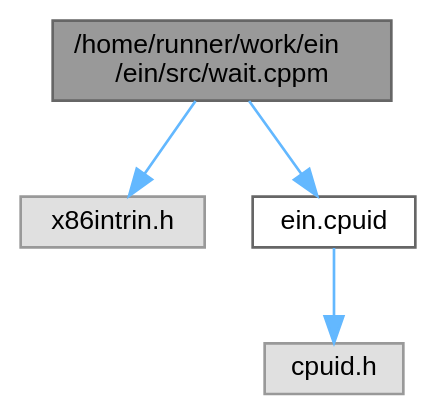
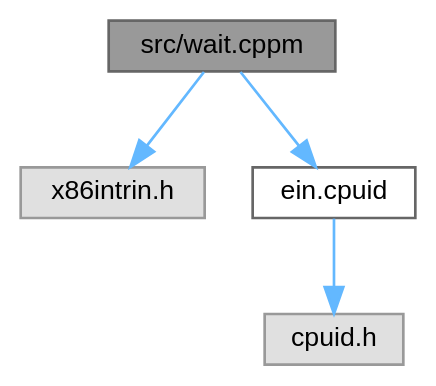
Before and after one commit to ekmett/ein: the diagram in dc/db8/wait_8cppm__incl.dot, drawn with Graphviz. The commit also changed 79 other files, not shown here.

```diff
--- a/dc/db8/wait_8cppm__incl.dot
+++ b/dc/db8/wait_8cppm__incl.dot
@@ -1,14 +1,14 @@
-digraph "/home/runner/work/ein/ein/src/wait.cppm"
+digraph "src/wait.cppm"
 {
  // LATEX_PDF_SIZE
   bgcolor="transparent";
   edge [fontname=Helvetica,fontsize=10,labelfontname=Helvetica,labelfontsize=10];
   node [fontname=Helvetica,fontsize=10,shape=box,height=0.2,width=0.4];
-  Node1 [id="Node000001",label="/home/runner/work/ein\l/ein/src/wait.cppm",height=0.2,width=0.4,color="gray40", fillcolor="grey60", style="filled", fontcolor="black",tooltip="waiting strategies"];
+  Node1 [id="Node000001",label="src/wait.cppm",height=0.2,width=0.4,color="gray40", fillcolor="grey60", style="filled", fontcolor="black",tooltip="waiting strategies"];
   Node1 -> Node2 [id="edge1_Node000001_Node000002",color="steelblue1",style="solid",tooltip=" "];
   Node2 [id="Node000002",label="x86intrin.h",height=0.2,width=0.4,color="grey60", fillcolor="#E0E0E0", style="filled",tooltip=" "];
   Node1 -> Node3 [id="edge2_Node000001_Node000003",color="steelblue1",style="solid",tooltip=" "];
   Node3 [id="Node000003",label="ein.cpuid",height=0.2,width=0.4,color="grey40", fillcolor="white", style="filled",URL="$d2/d8a/cpuid_8cppm.html",tooltip=" "];
   Node3 -> Node4 [id="edge3_Node000003_Node000004",color="steelblue1",style="solid",tooltip=" "];
   Node4 [id="Node000004",label="cpuid.h",height=0.2,width=0.4,color="grey60", fillcolor="#E0E0E0", style="filled",tooltip=" "];
 }
```
